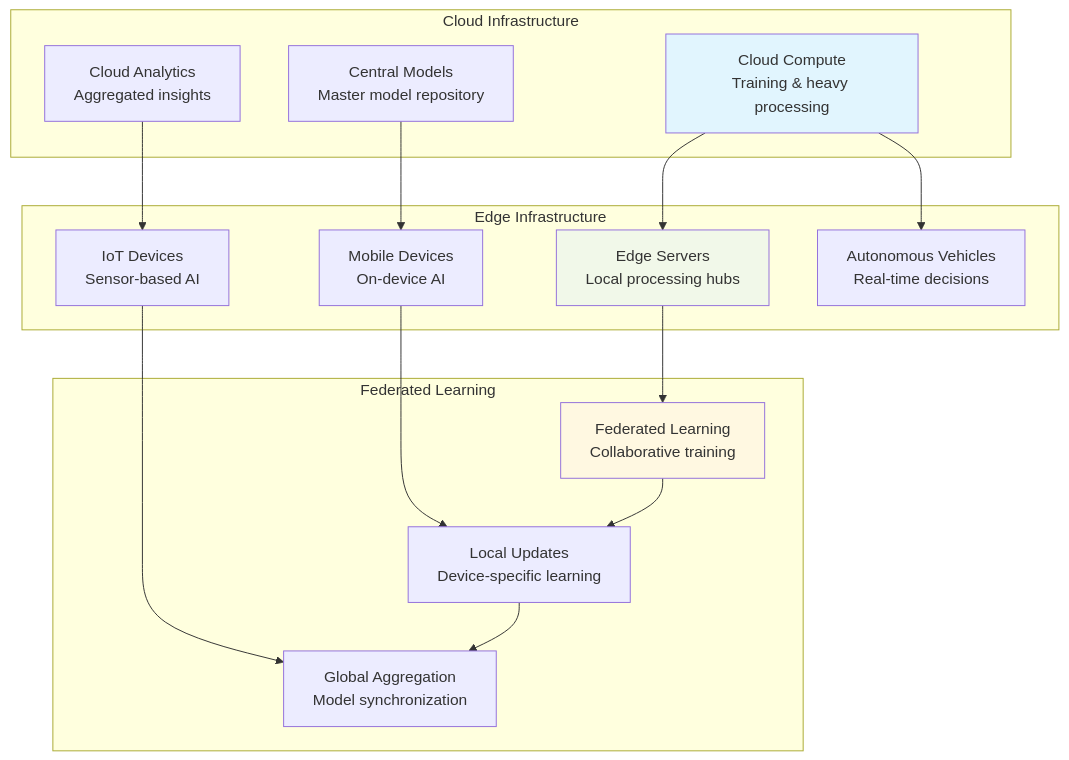
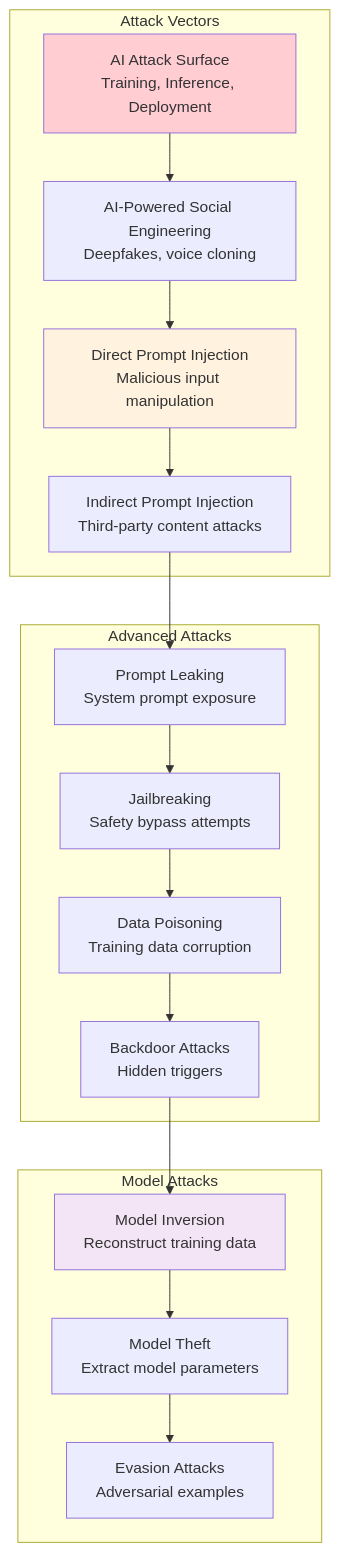
Diagram 17 of 28 in llm_ai/ai_concepts_visualizations.md (kishorekkota/kishorekkota.github.io), drawn with Mermaid before and after one commit. The commit also changed other lines of this file and 2 other files, not shown here.

````diff
--- a/llm_ai/ai_concepts_visualizations.md
+++ b/llm_ai/ai_concepts_visualizations.md
@@ -552,36 +580,37 @@
 ```mermaid
 graph TB
-    subgraph "Cloud Infrastructure"
-        CC[Cloud Compute<br/>Training & heavy processing]
-        CM[Central Models<br/>Master model repository]
-        CA[Cloud Analytics<br/>Aggregated insights]
+    subgraph "Attack Vectors"
+        AS[AI Attack Surface<br/>Training, Inference, Deployment]
+        APSE[AI-Powered Social Engineering<br/>Deepfakes, voice cloning]
+        DPI[Direct Prompt Injection<br/>Malicious input manipulation]
+        IPI[Indirect Prompt Injection<br/>Third-party content attacks]
     end
     
-    subgraph "Edge Infrastructure"
-        ES[Edge Servers<br/>Local processing hubs]
-        MD[Mobile Devices<br/>On-device AI]
-        IOT[IoT Devices<br/>Sensor-based AI]
-        AV[Autonomous Vehicles<br/>Real-time decisions]
+    subgraph "Advanced Attacks"
+        PL[Prompt Leaking<br/>System prompt exposure]
+        JB[Jailbreaking<br/>Safety bypass attempts]
+        DP[Data Poisoning<br/>Training data corruption]
+        BA[Backdoor Attacks<br/>Hidden triggers]
     end
     
-    subgraph "Federated Learning"
-        FL[Federated Learning<br/>Collaborative training]
-        LU[Local Updates<br/>Device-specific learning]
-        GA[Global Aggregation<br/>Model synchronization]
+    subgraph "Model Attacks"
+        MI[Model Inversion<br/>Reconstruct training data]
+        MT[Model Theft<br/>Extract model parameters]
+        EA[Evasion Attacks<br/>Adversarial examples]
     end
     
-    CC --> ES
-    CM --> MD
-    CA --> IOT
-    CC --> AV
+    AS --> APSE
+    APSE --> DPI
+    DPI --> IPI
+    IPI --> PL
+    PL --> JB
+    JB --> DP
+    DP --> BA
+    BA --> MI
+    MI --> MT
+    MT --> EA
     
-    ES --> FL
-    MD --> LU
-    IOT --> GA
-    FL --> LU
-    LU --> GA
-    
-    style CC fill:#e1f5fe
-    style ES fill:#f1f8e9
-    style FL fill:#fff8e1
+    style AS fill:#ffcdd2
+    style DPI fill:#fff3e0
+    style MI fill:#f3e5f5
 ```
````
